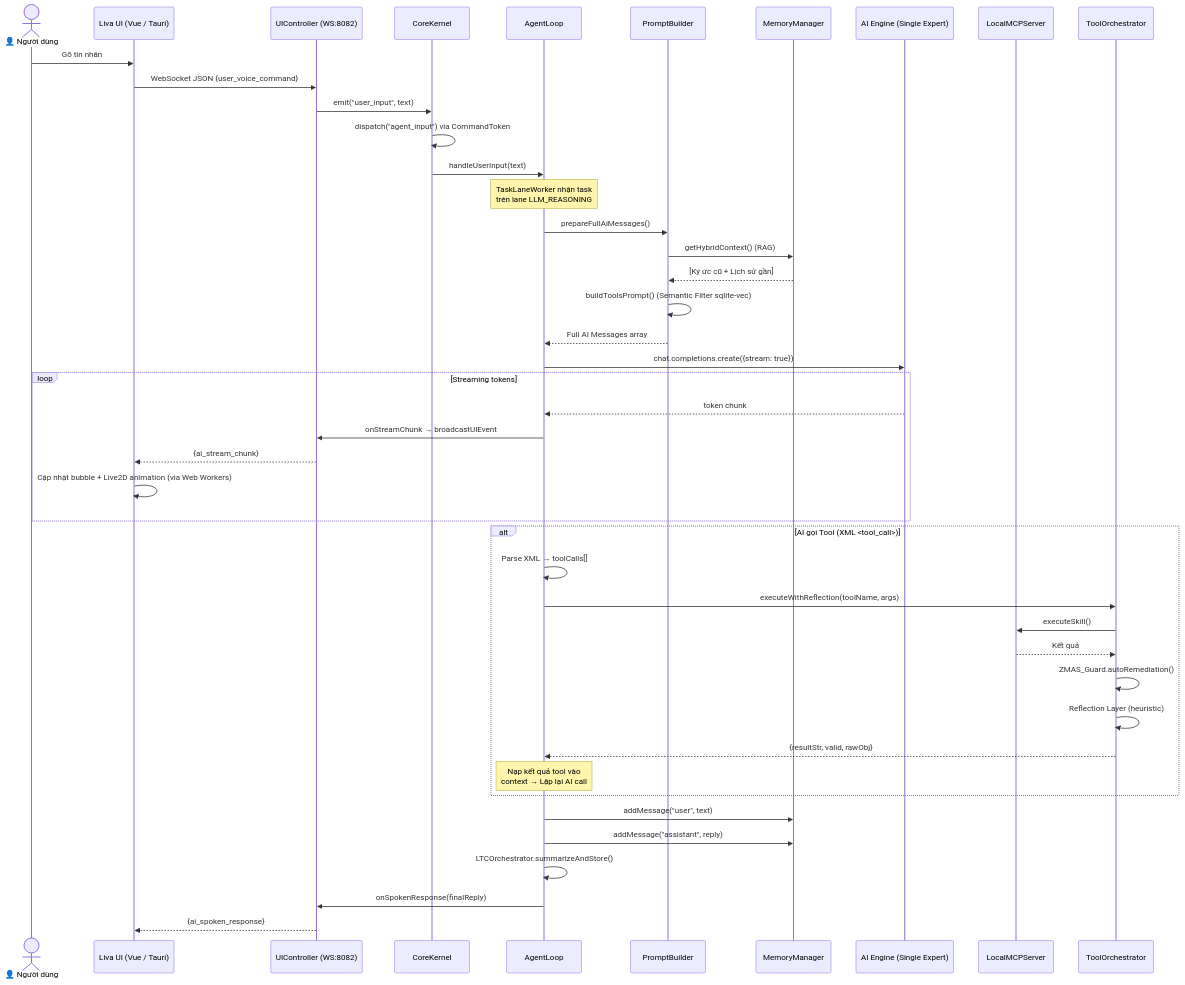
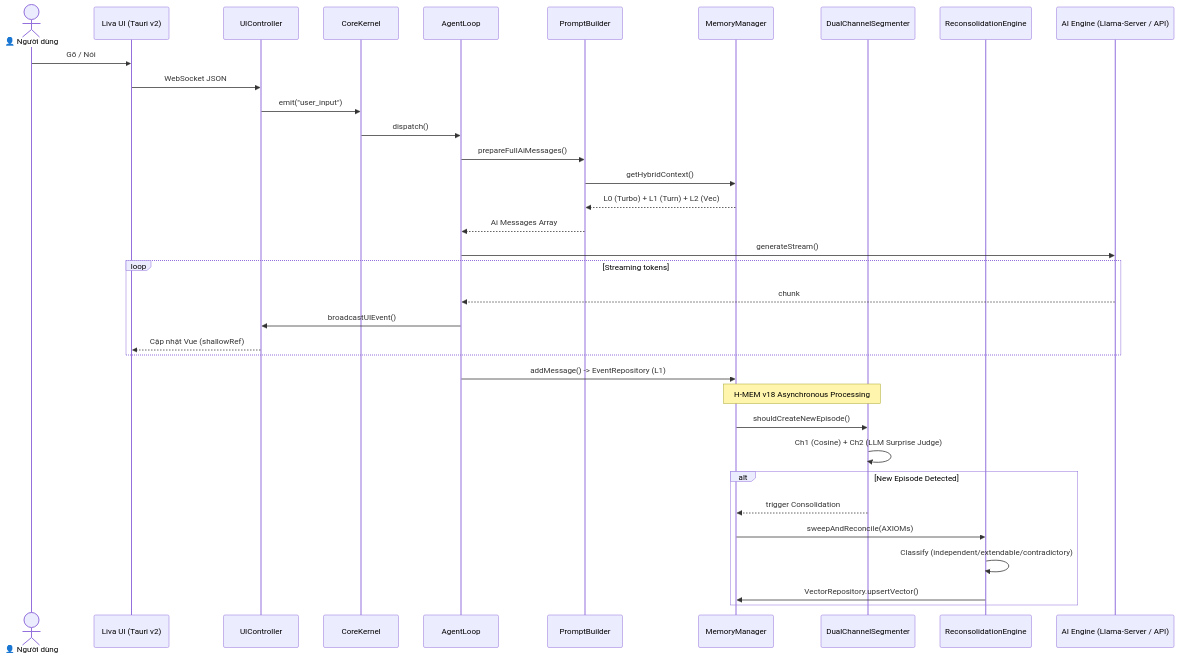
Before and after one commit to DuongNAD/LIVA: the second of 4 diagrams in docs/codebase_architecture.md, drawn with Mermaid. The commit also changed other lines of this file and 10 other files, not shown here.

Commit message:
docs: update architecture documents and gitnexus skills

````diff
--- a/docs/codebase_architecture.md
+++ b/docs/codebase_architecture.md
@@ -183,54 +146,44 @@
 ```mermaid
 sequenceDiagram
     actor User as 👤 Người dùng
-    participant UI as Liva UI (Vue / Tauri)
-    participant WS as UIController (WS:8082)
+    participant UI as Liva UI (Tauri v2)
+    participant WS as UIController
     participant CK as CoreKernel
     participant AL as AgentLoop
     participant PB as PromptBuilder
     participant MM as MemoryManager
-    participant AI as AI Engine (Single Expert)
-    participant MCP as LocalMCPServer
-    participant TO as ToolOrchestrator
+    participant DS as DualChannelSegmenter
+    participant RE as ReconsolidationEngine
+    participant AI as AI Engine (Llama-Server / API)
 
-    User->>UI: Gõ tin nhắn
-    UI->>WS: WebSocket JSON {user_voice_command}
-    WS->>CK: emit("user_input", text)
-    CK->>CK: dispatch("agent_input") via CommandToken
-    CK->>AL: handleUserInput(text)
+    User->>UI: Gõ / Nói
+    UI->>WS: WebSocket JSON
+    WS->>CK: emit("user_input")
+    CK->>AL: dispatch()
     
-    Note over AL: TaskLaneWorker nhận task<br/>trên lane LLM_REASONING
-
     AL->>PB: prepareFullAiMessages()
-    PB->>MM: getHybridContext() (RAG)
-    MM-->>PB: [Ký ức cũ + Lịch sử gần]
-    PB->>PB: buildToolsPrompt() (Semantic Filter sqlite-vec)
-    PB-->>AL: Full AI Messages array
-
-    AL->>AI: chat.completions.create({stream: true})
+    PB->>MM: getHybridContext()
+    MM-->>PB: L0 (Turbo) + L1 (Turn) + L2 (Vec)
+    PB-->>AL: Ai Messages Array
+    
+    AL->>AI: generateStream()
     
     loop Streaming tokens
-        AI-->>AL: token chunk
-        AL->>WS: onStreamChunk → broadcastUIEvent
-        WS-->>UI: {ai_stream_chunk}
-        UI->>UI: Cập nhật bubble + Live2D animation (via Web Workers)
+        AI-->>AL: chunk
+        AL->>WS: broadcastUIEvent()
+        WS-->>UI: Cập nhật Vue (shallowRef)
     end
-
-    alt AI gọi Tool (XML <tool_call>)
-        AL->>AL: Parse XML → toolCalls[]
-        AL->>TO: executeWithReflection(toolName, args)
-        TO->>MCP: executeSkill()
-        MCP-->>TO: Kết quả
-        TO->>TO: ZMAS_Guard.autoRemediation()
-        TO->>TO: Reflection Layer (heuristic)
-        TO-->>AL: {resultStr, valid, rawObj}
-        
-        Note over AL: Nạp kết quả tool vào<br/>context → Lặp lại AI call
+    
+    AL->>MM: addMessage() -> EventRepository (L1)
+    
+    %% Dual Channel Segmentation Process
+    Note over MM, DS: H-MEM v18 Asynchronous Processing
+    MM->>DS: shouldCreateNewEpisode()
+    DS->>DS: Ch1 (Cosine) + Ch2 (LLM Surprise Judge)
+    alt New Episode Detected
+        DS-->>MM: trigger Consolidation
+        MM->>RE: sweepAndReconcile(AXIOMs)
+        RE->>RE: Classify (independent/extendable/contradictory)
+        RE->>MM: VectorRepository.upsertVector()
     end
-
-    AL->>MM: addMessage("user", text)
-    AL->>MM: addMessage("assistant", reply)
-    AL->>AL: LTCOrchestrator.summarizeAndStore()
-    AL->>WS: onSpokenResponse(finalReply)
-    WS-->>UI: {ai_spoken_response}
 ```
````
